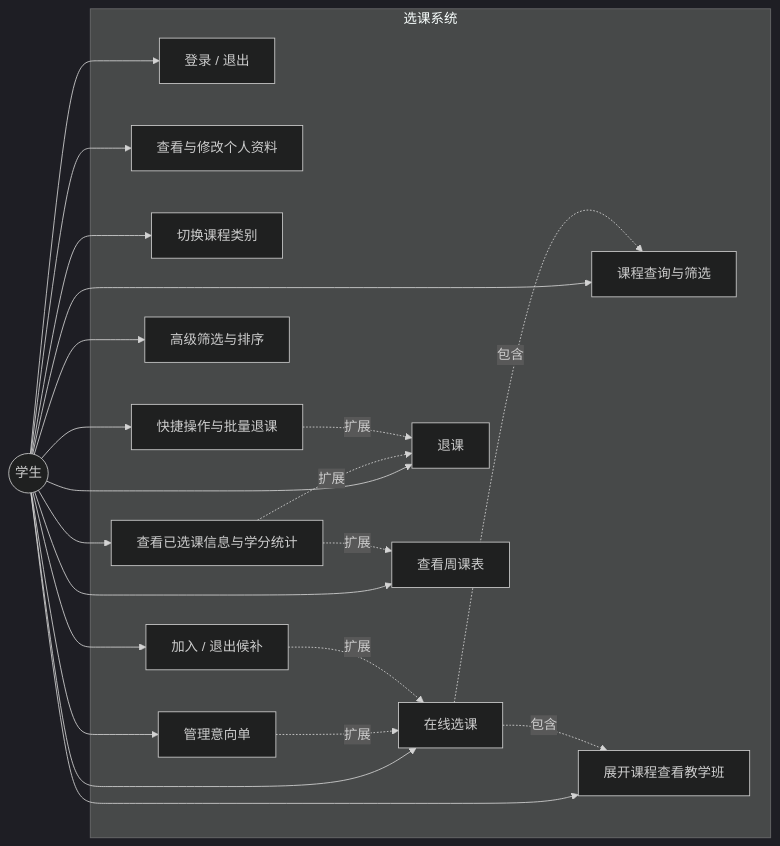
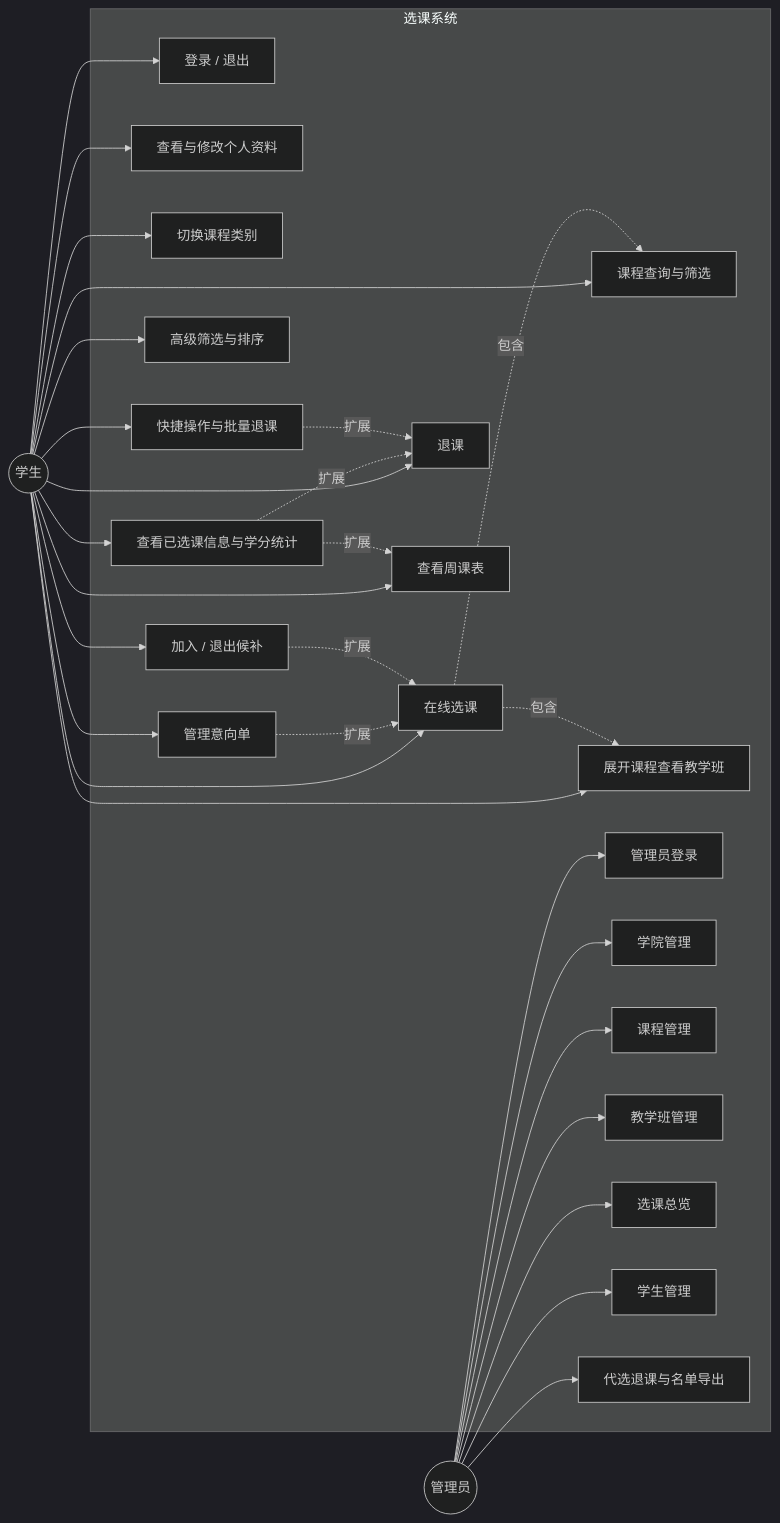
Before and after one commit to hixiaosun0921/web_course01: the first of 2 diagrams in 文档/需求分析文档.md, drawn with Mermaid (dark theme). The commit also changed other lines of this file and 2 other files, not shown here.

````diff
--- a/文档/需求分析文档.md
+++ b/文档/需求分析文档.md
@@ -85,42 +88,58 @@
 ```mermaid
 flowchart LR
     student((学生))
+    admin((管理员))
 
     subgraph 选课系统
         uc1[登录 / 退出]
         uc2[查看与修改个人资料]
         uc3[课程查询与筛选]
         uc4[切换课程类别]
         uc5[展开课程查看教学班]
         uc6[在线选课]
         uc7[退课]
         uc8[查看已选课信息与学分统计]
         uc9[高级筛选与排序]
         uc10[快捷操作与批量退课]
         uc11[管理意向单]
         uc12[加入 / 退出候补]
         uc13[查看周课表]
+        uc14[管理员登录]
+        uc15[学院管理]
+        uc16[课程管理]
+        uc17[教学班管理]
+        uc18[选课总览]
+        uc19[学生管理]
+        uc20[代选退课与名单导出]
     end
 
     student --> uc1
     student --> uc2
     student --> uc3
     student --> uc4
     student --> uc5
     student --> uc6
     student --> uc7
     student --> uc8
     student --> uc9
     student --> uc10
     student --> uc11
     student --> uc12
     student --> uc13
 
+    admin --> uc14
+    admin --> uc15
+    admin --> uc16
+    admin --> uc17
+    admin --> uc18
+    admin --> uc19
+    admin --> uc20
+
     uc6 -.包含.-> uc5
     uc6 -.包含.-> uc3
     uc8 -.扩展.-> uc7
     uc10 -.扩展.-> uc7
     uc11 -.扩展.-> uc6
     uc12 -.扩展.-> uc6
     uc8 -.扩展.-> uc13
 ```
````
